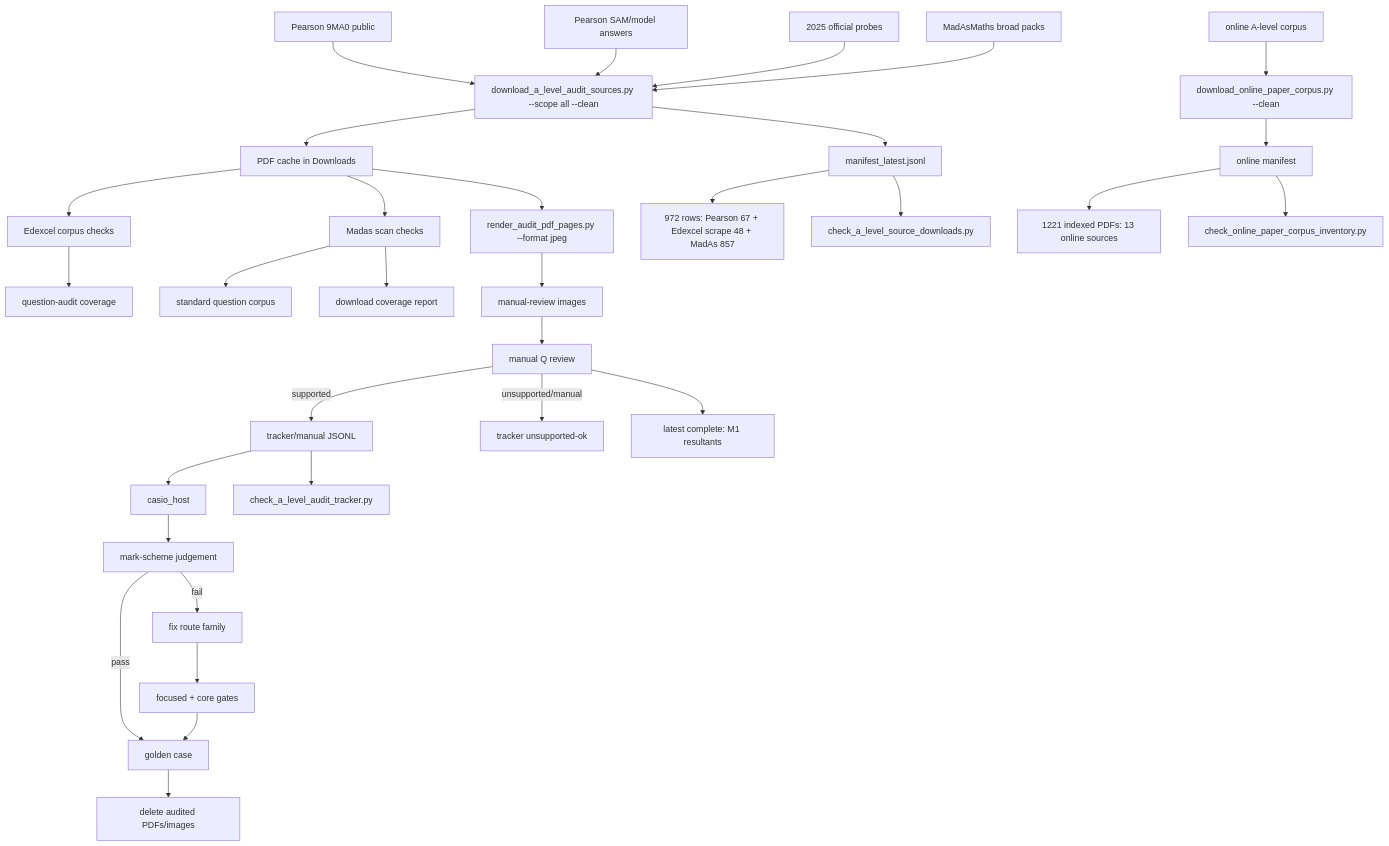
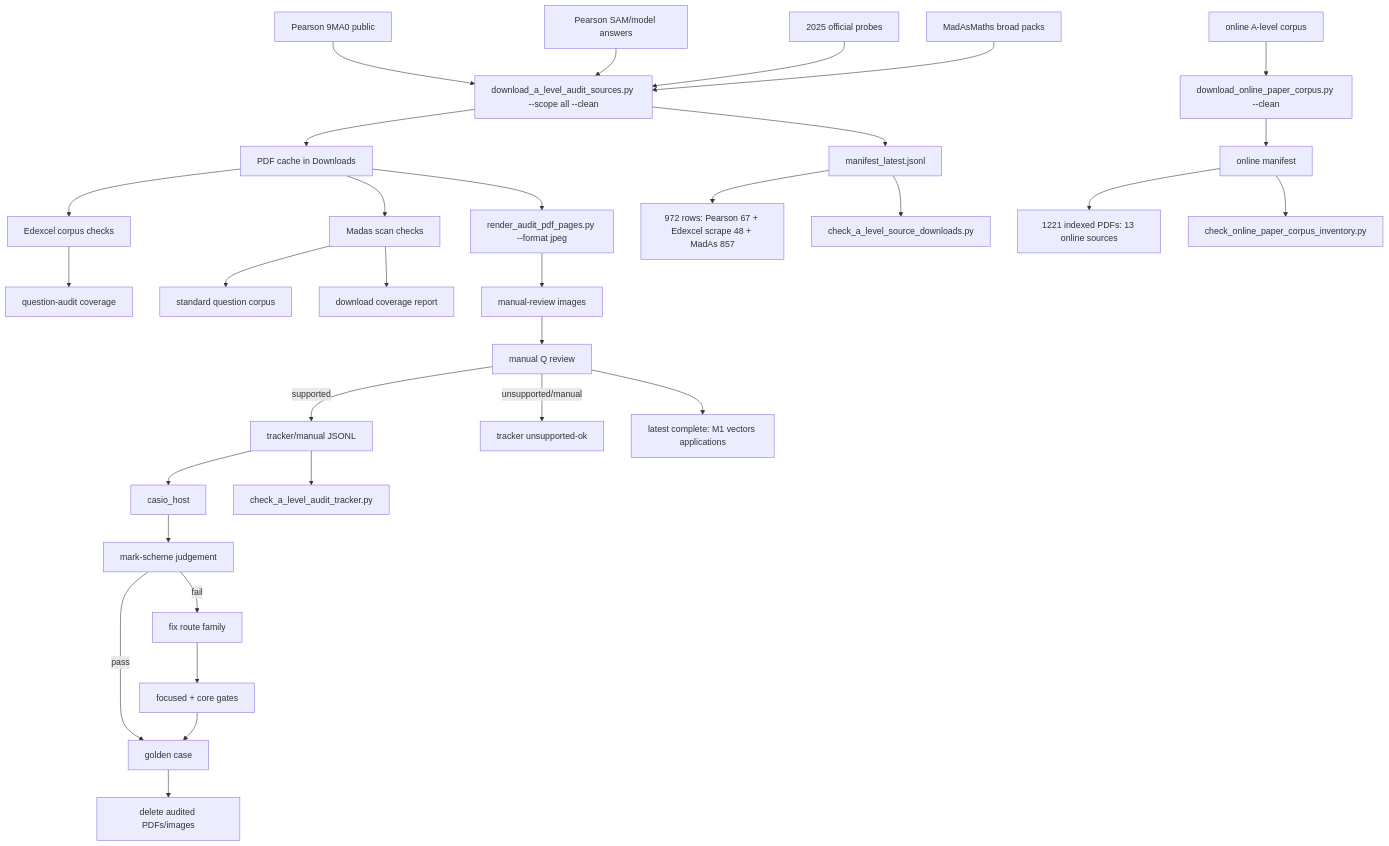
One commit to james8464/notes-addin-casio-fx-cg50 changed the diagram in c++/tools/golden/a_level_audit_graph.md. Above: the diagram before and after it, drawn with Mermaid. The commit also changed other lines of this file and 2 other files, not shown here.

Commit message:
Audit M1 vector applications booklet

````diff
--- a/c++/tools/golden/a_level_audit_graph.md
+++ b/c++/tools/golden/a_level_audit_graph.md
@@ -3,34 +3,34 @@
 ```mermaid
 graph TD
   E1["Pearson 9MA0 public"] --> D["download_a_level_audit_sources.py --scope all --clean"]
   E2["Pearson SAM/model answers"] --> D
   E3["2025 official probes"] --> D
   M1["MadAsMaths broad packs"] --> D
   O1["online A-level corpus"] --> OD["download_online_paper_corpus.py --clean"]
   D --> P["PDF cache in Downloads"]
   D --> X["manifest_latest.jsonl"]
   OD --> OX["online manifest"]
   X --> XC["972 rows: Pearson 67 + Edexcel scrape 48 + MadAs 857"]
   OX --> OC["1221 indexed PDFs: 13 online sources"]
   X --> V["check_a_level_source_downloads.py"]
   OX --> OV["check_online_paper_corpus_inventory.py"]
   P --> E["Edexcel corpus checks"]
   E --> EQ["question-audit coverage"]
   P --> S["Madas scan checks"]
   S --> M["standard question corpus"]
   S --> MC["download coverage report"]
   P --> R["render_audit_pdf_pages.py --format jpeg"]
   R --> I["manual-review images"]
   I --> Q["manual Q review"]
   Q -->|supported| J["tracker/manual JSONL"]
   Q -->|unsupported/manual| U["tracker unsupported-ok"]
   J --> H["casio_host"]
   J --> K["check_a_level_audit_tracker.py"]
   H --> C["mark-scheme judgement"]
   C -->|pass| G["golden case"]
   C -->|fail| F["fix route family"]
   F --> T["focused + core gates"]
   T --> G
   G --> Z["delete audited PDFs/images"]
-  Q --> Qt["latest complete: M1 resultants"]
+  Q --> Qt["latest complete: M1 vectors applications"]
 ```
````
